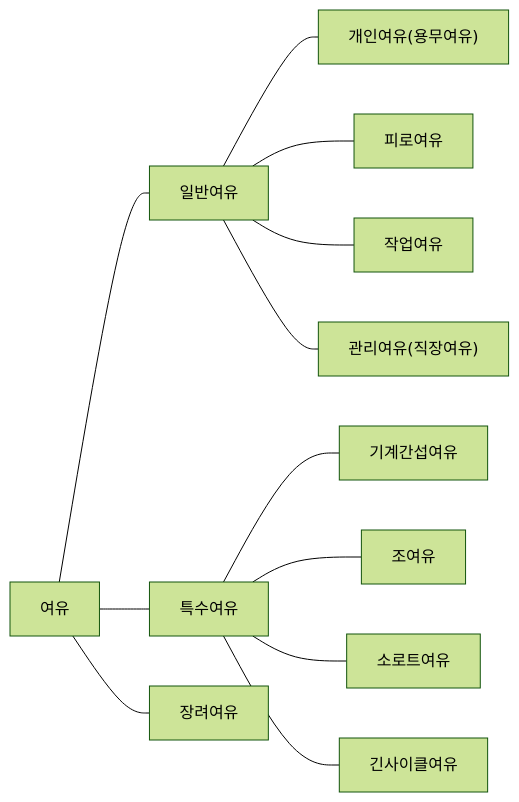
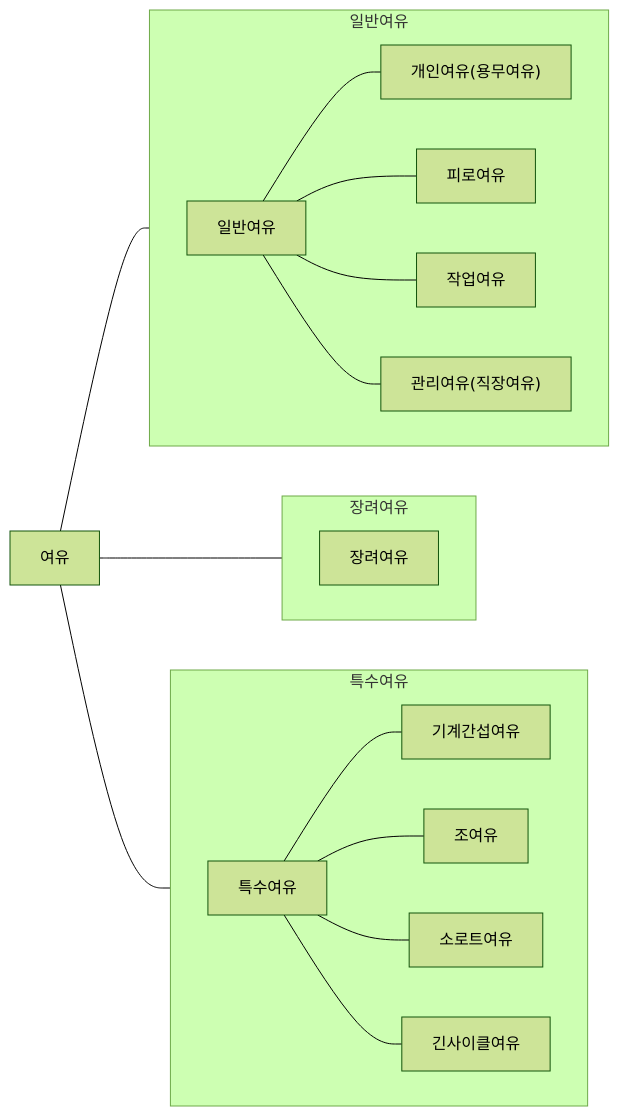
Before and after one commit to yeonkyupark/pepc2e: the diagram in 0504표준작업관리.qmd, drawn with Mermaid (forest theme). The commit also changed other lines of this file, not shown here.

````diff
--- a/0504표준작업관리.qmd
+++ b/0504표준작업관리.qmd
@@ -102,20 +99,34 @@
 ```{mermaid}
 flowchart LR
 
 00["여유"]
+
+subgraph s2[특수여유]
+direction LR
+02["특수여유"]
+21["기계간섭여유"]
+22["조여유"]
+23["소로트여유"]
+24["긴사이클여유"]
+end
+
+subgraph s3[장려여유]
+direction LR
+03["장려여유"]
+end
+
+subgraph s1[일반여유]
+direction LR
 01["일반여유"]
-02["특수여유"]
-03["장려여유"]
 11["개인여유(용무여유)"]
 12["피로여유"]
 13["작업여유"]
 14["관리여유(직장여유)"]
-21["기계간섭여유"]
-22["조여유"]
-23["소로트여유"]
-24["긴사이클여유"]
+end
 
-00 --- 01 & 02 & 03
+
+02 --- 21 & 22 & 23 & 24
 01 --- 11 & 12 & 13 & 14
-02 --- 21 & 22 & 23 & 24
+00 --- 03 & 02 & 01
+
 ```
````
